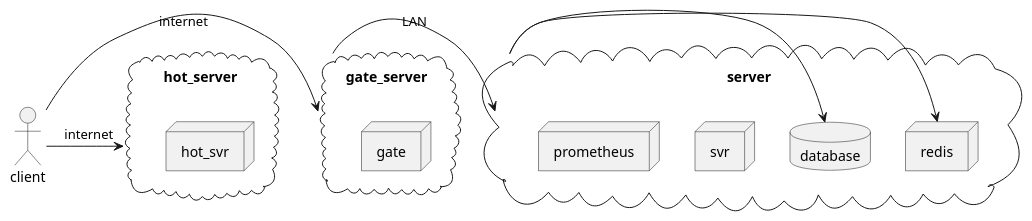
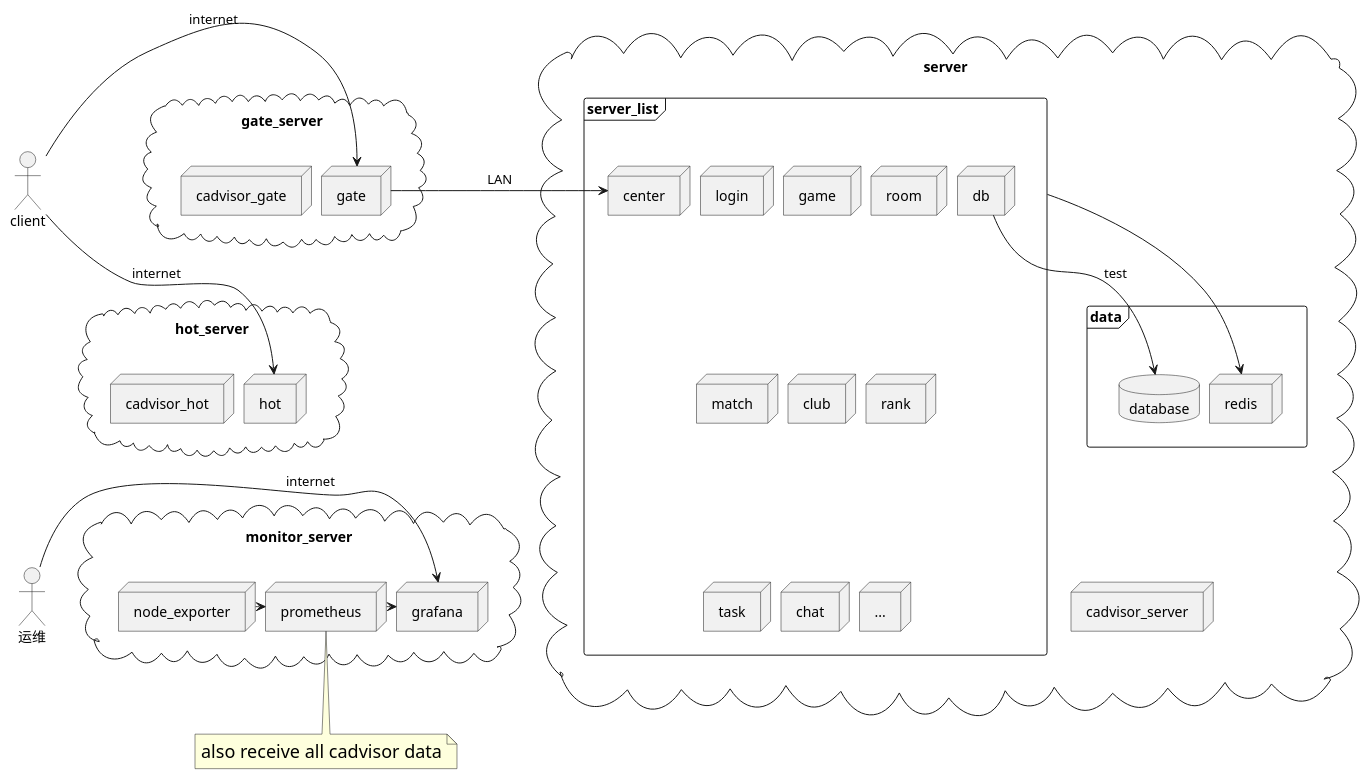
Before and after one commit to clay9/blog: the second of 2 diagrams in blog_release/qygame.org, drawn with PlantUML. The commit also changed 1 other file, not shown here.

Commit message:
Auto Push 2023-06-15 23:18:50

```diff
--- a/blog_release/qygame.org
+++ b/blog_release/qygame.org
@@ -200,25 +200,72 @@
     #+begin_src plantuml :file qygame/server_deployment.png
       @startuml
-      actor client
+      skinparam nodesep 10
 
-      cloud gate_server {
-              node gate
-      }
-      cloud hot_server {
-              node hot_svr
-      }
-      cloud server {
-              node svr
-              node redis
-              database database
-              node prometheus
+      together {
+          actor client
+          actor 运维 as ops
+
+          client --[hidden]-> ops
       }
 
-      client->hot_server : internet
-      client->gate_server: internet
-      gate_server->server :LAN
-      server->redis
-      server->database
+      together{
+          cloud gate_server{
+              node gate
+              node cadvisor_gate
+          }
+          cloud hot_server {
+              node hot
+              node cadvisor_hot
+          }
+
+          cloud monitor_server{
+              node node_exporter
+              node prometheus
+              node grafana
+          }
+
+          'gate_server放在hot_server之上
+          gate_server --[hidden]> hot_server
+          hot_server --[hidden]> monitor_server
+      }
+
+      cloud server {
+          frame server_list{
+              node center
+              node login
+              node game
+              node room
+              node match
+              node club
+              node rank
+              node task
+              node chat
+              node db
+              node "..."
+          }
+
+          frame data {
+              database database
+              node redis
+          }
+
+          node cadvisor_server
+
+          cadvisor_server -[hidden]u-> data
+      }
+
+      client->gate : internet
+      client->hot : internet
+      gate->center :LAN
+      server_list->redis
+      db-->database : test
+
+
+      ops->grafana : internet
+      note "<size 18>also receive all cadvisor data</size>" as N1
+      N1 -u-> prometheus
+      node_exporter->prometheus
+      prometheus->grafana
 
       @enduml
     #+end_src
```
